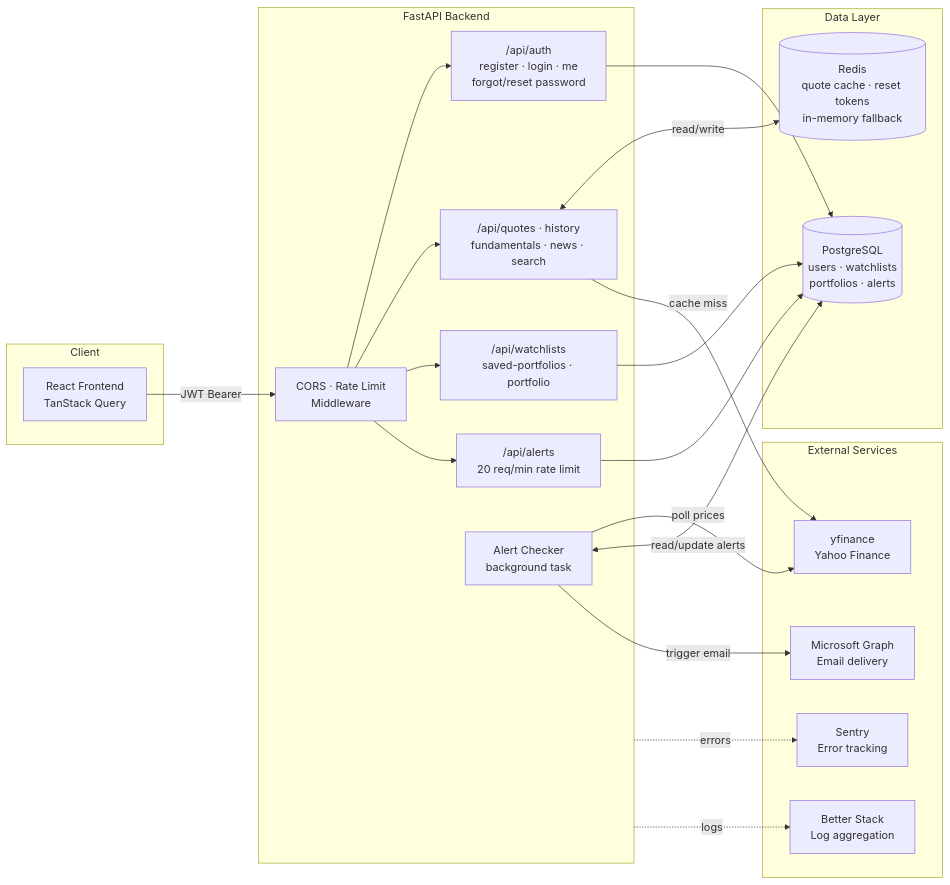
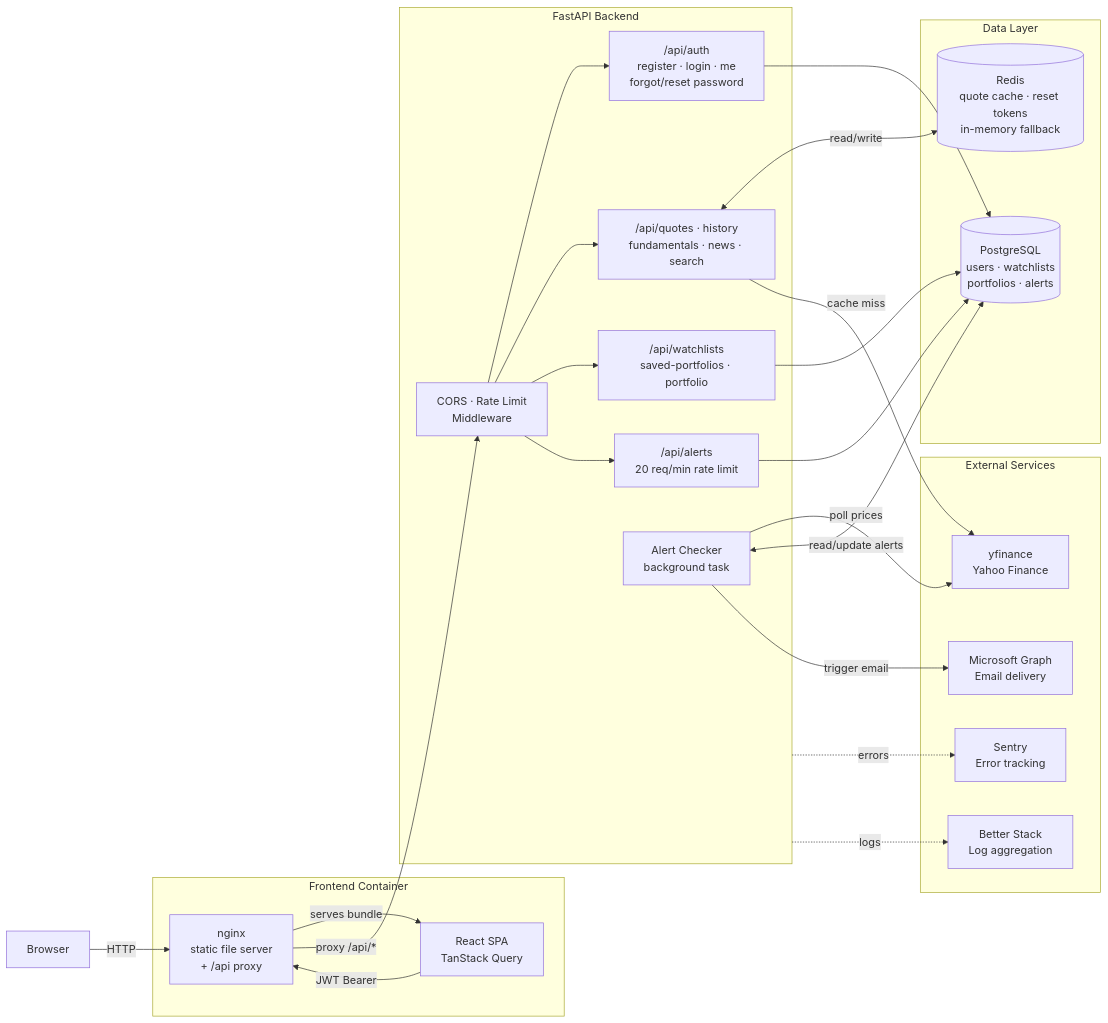
The diagram in README.md (digitalDG/findash), drawn with Mermaid before and after one commit.

Commit message:
docs: add nginx to architecture diagram as frontend container layer

````diff
--- a/README.md
+++ b/README.md
@@ -47,40 +47,46 @@
 ```mermaid
 flowchart LR
-    subgraph Client["Client"]
-        FE["React Frontend\nTanStack Query"]
+    Browser["Browser"]
+
+    subgraph Frontend["Frontend Container"]
+        NG["nginx\nstatic file server\n+ /api proxy"]
+        FE["React SPA\nTanStack Query"]
     end
 
     subgraph API["FastAPI Backend"]
         MW["CORS · Rate Limit\nMiddleware"]
         AUTH["/api/auth\nregister · login · me\nforgot/reset password"]
         MKT["/api/quotes · history\nfundamentals · news · search"]
         DATA["/api/watchlists\nsaved-portfolios · portfolio"]
         ALT["/api/alerts\n20 req/min rate limit"]
         BGK["Alert Checker\nbackground task"]
     end
 
     subgraph Store["Data Layer"]
         PG[("PostgreSQL\nusers · watchlists\nportfolios · alerts")]
         RD[("Redis\nquote cache · reset tokens\nin-memory fallback")]
     end
 
     subgraph Ext["External Services"]
         YF["yfinance\nYahoo Finance"]
         MSG["Microsoft Graph\nEmail delivery"]
         SNT["Sentry\nError tracking"]
         BST["Better Stack\nLog aggregation"]
     end
 
-    FE -->|"JWT Bearer"| MW
+    Browser -->|"HTTP"| NG
+    NG -->|"serves bundle"| FE
+    NG -->|"proxy /api/*"| MW
+    FE -->|"JWT Bearer"| NG
     MW --> AUTH & MKT & DATA & ALT
     AUTH --> PG
     DATA --> PG
     ALT --> PG
     MKT <-->|"read/write"| RD
     MKT -->|"cache miss"| YF
     BGK -->|"poll prices"| YF
     BGK <-->|"read/update alerts"| PG
     BGK -->|"trigger email"| MSG
     API -.->|"errors"| SNT
     API -.->|"logs"| BST
 ```
````
